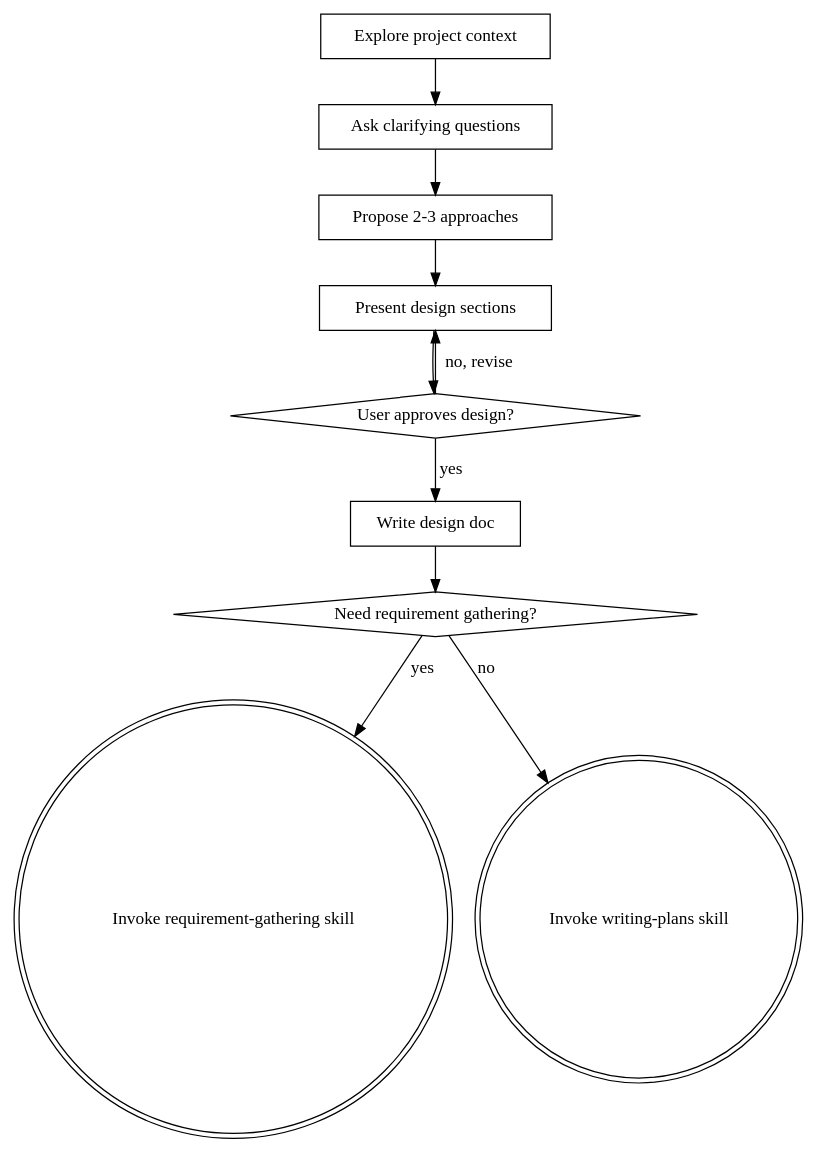
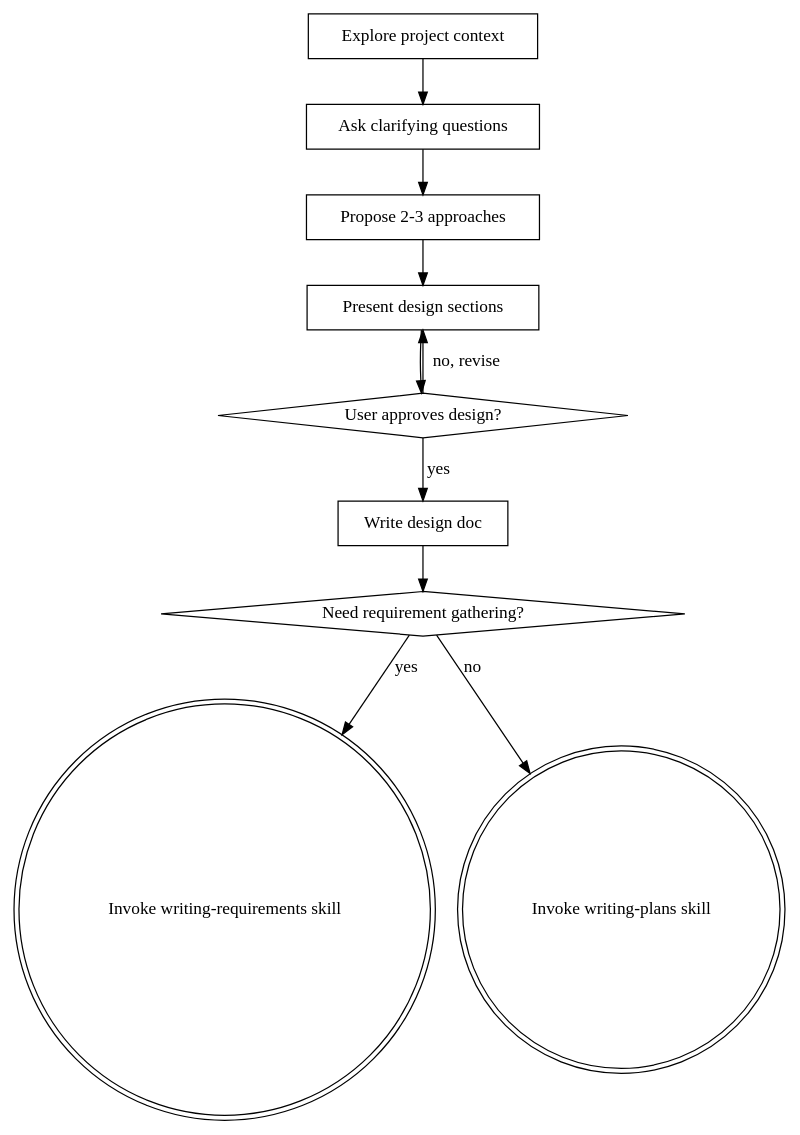
One commit to lalulali/antigravity-superpowers changed the diagram in templates/.agent/skills/brainstorming/SKILL.md. Above: the diagram before and after it, drawn with Graphviz. The commit also changed other lines of this file and 5 other files, not shown here.

Commit message:
refactor: rename requirement-gathering to writing-requirements

````diff
--- a/templates/.agent/skills/brainstorming/SKILL.md
+++ b/templates/.agent/skills/brainstorming/SKILL.md
@@ -35,23 +35,23 @@
 ```dot
 digraph brainstorming {
     "Explore project context" [shape=box];
     "Ask clarifying questions" [shape=box];
     "Propose 2-3 approaches" [shape=box];
     "Present design sections" [shape=box];
     "User approves design?" [shape=diamond];
     "Write design doc" [shape=box];
     "Need requirement gathering?" [shape=diamond];
-    "Invoke requirement-gathering skill" [shape=doublecircle];
+    "Invoke writing-requirements skill" [shape=doublecircle];
     "Invoke writing-plans skill" [shape=doublecircle];
 
     "Explore project context" -> "Ask clarifying questions";
     "Ask clarifying questions" -> "Propose 2-3 approaches";
     "Propose 2-3 approaches" -> "Present design sections";
     "Present design sections" -> "User approves design?";
     "User approves design?" -> "Present design sections" [label="no, revise"];
     "User approves design?" -> "Write design doc" [label="yes"];
     "Write design doc" -> "Need requirement gathering?";
-    "Need requirement gathering?" -> "Invoke requirement-gathering skill" [label="yes"];
+    "Need requirement gathering?" -> "Invoke writing-requirements skill" [label="yes"];
     "Need requirement gathering?" -> "Invoke writing-plans skill" [label="no"];
 }
 ```
````
